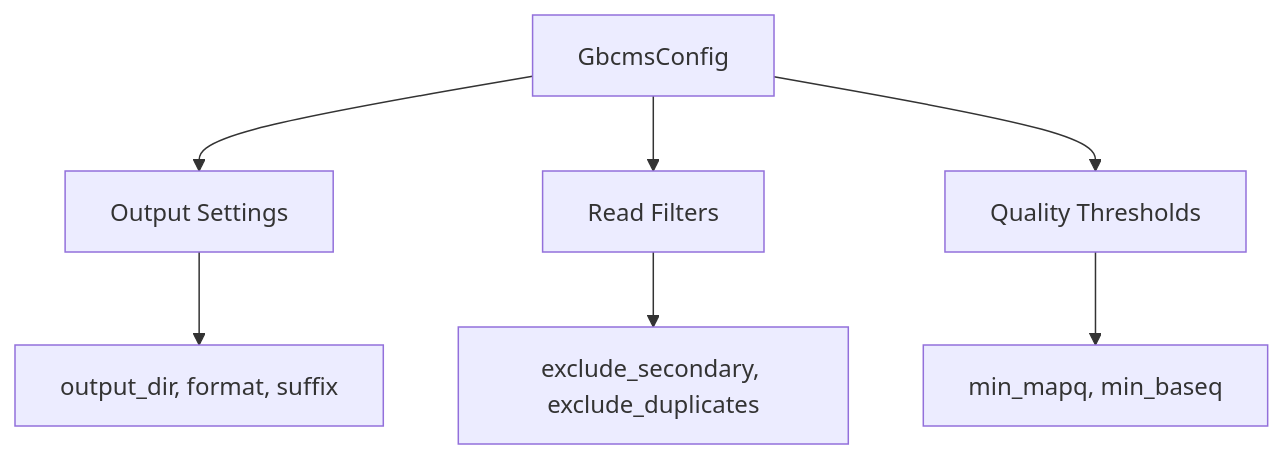
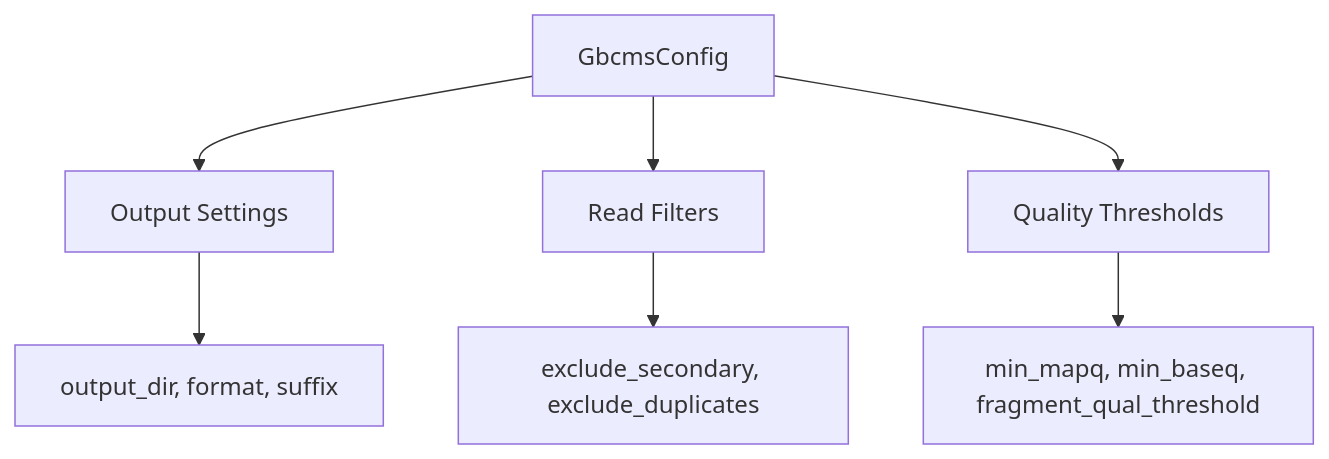
Before and after one commit to msk-access/py-gbcms: the fourth of 5 diagrams in docs/reference/architecture.md, drawn with Mermaid. The commit also changed other lines of this file and 6 other files, not shown here.

First line of the commit message:
fix: discard ambiguous fragments and expose --fragment-qual-threshold

````diff
--- a/docs/reference/architecture.md
+++ b/docs/reference/architecture.md
@@ -137,10 +137,10 @@
 ```mermaid
 flowchart TB
     GbcmsConfig --> OutputConfig[Output Settings]
     GbcmsConfig --> ReadFilters[Read Filters]
     GbcmsConfig --> QualityThresholds[Quality Thresholds]
     
     OutputConfig --> D1[output_dir, format, suffix]
     ReadFilters --> D2[exclude_secondary, exclude_duplicates]
-    QualityThresholds --> D3[min_mapq, min_baseq]
+    QualityThresholds --> D3["min_mapq, min_baseq, fragment_qual_threshold"]
 ```
````
